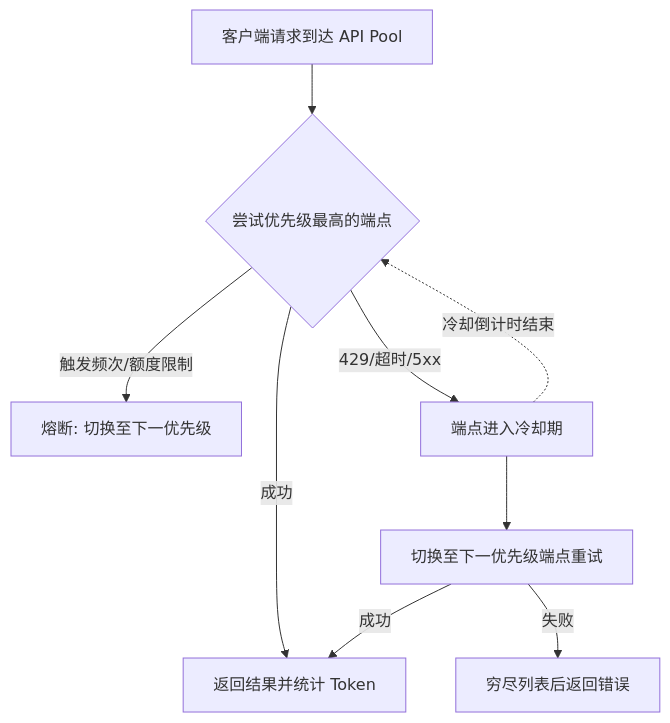
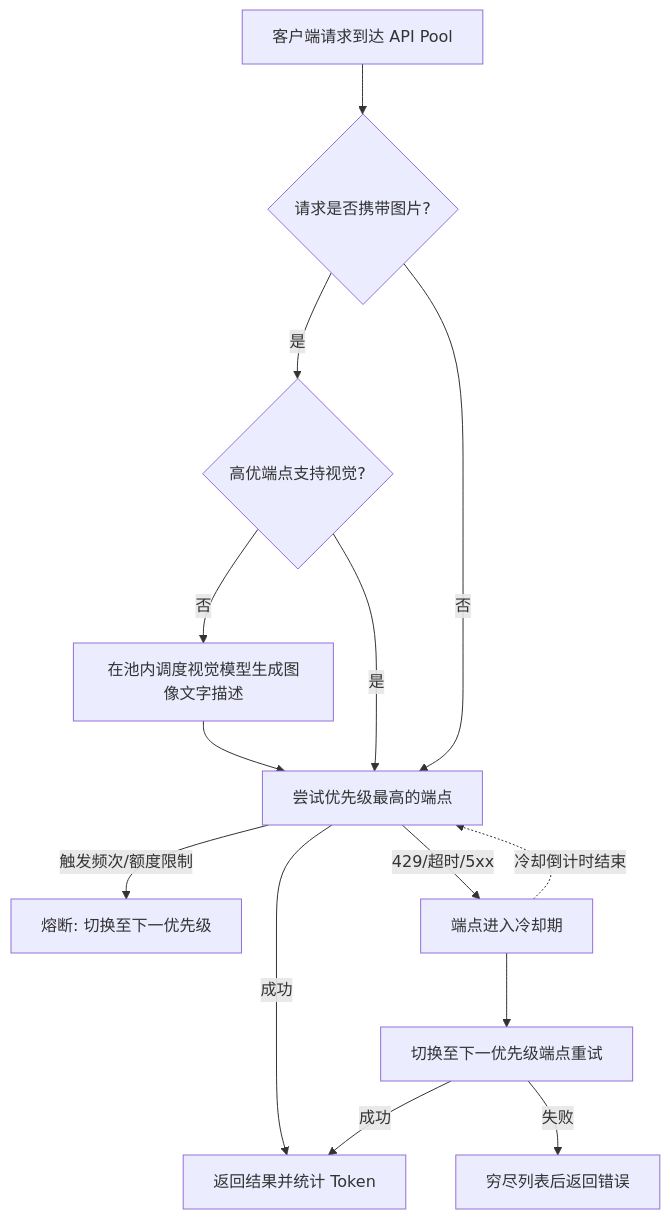
The diagram in README.md (thvse/api-pool), drawn with Mermaid before and after one commit. The commit also changed other lines of this file, not shown here.

Commit message:
docs: update README with vision translation and contextual drawer features

````diff
--- a/README.md
+++ b/README.md
@@ -66,11 +73,17 @@
 ```mermaid
 graph TD
-    A[客户端请求到达 API Pool] --> B{尝试优先级最高的端点}
-    B -- 触发频次/额度限制 --> C[熔断: 切换至下一优先级]
-    B -- 成功 --> D[返回结果并统计 Token]
-    B -- 429/超时/5xx --> E[端点进入冷却期]
-    E --> F[切换至下一优先级端点重试]
-    F -- 成功 --> D
-    F -- 失败 --> G[穷尽列表后返回错误]
-    E -. 冷却倒计时结束 .-> B
+    A[客户端请求到达 API Pool] --> B{请求是否携带图片?}
+    B -- 是 --> V1{高优端点支持视觉?}
+    V1 -- 否 --> V2[在池内调度视觉模型生成图像文字描述]
+    V2 --> C
+    V1 -- 是 --> C
+    B -- 否 --> C[尝试优先级最高的端点]
+    
+    C -- 触发频次/额度限制 --> D[熔断: 切换至下一优先级]
+    C -- 成功 --> E[返回结果并统计 Token]
+    C -- 429/超时/5xx --> F[端点进入冷却期]
+    F --> G[切换至下一优先级端点重试]
+    G -- 成功 --> E
+    G -- 失败 --> H[穷尽列表后返回错误]
+    F -. 冷却倒计时结束 .-> C
 ```
````
